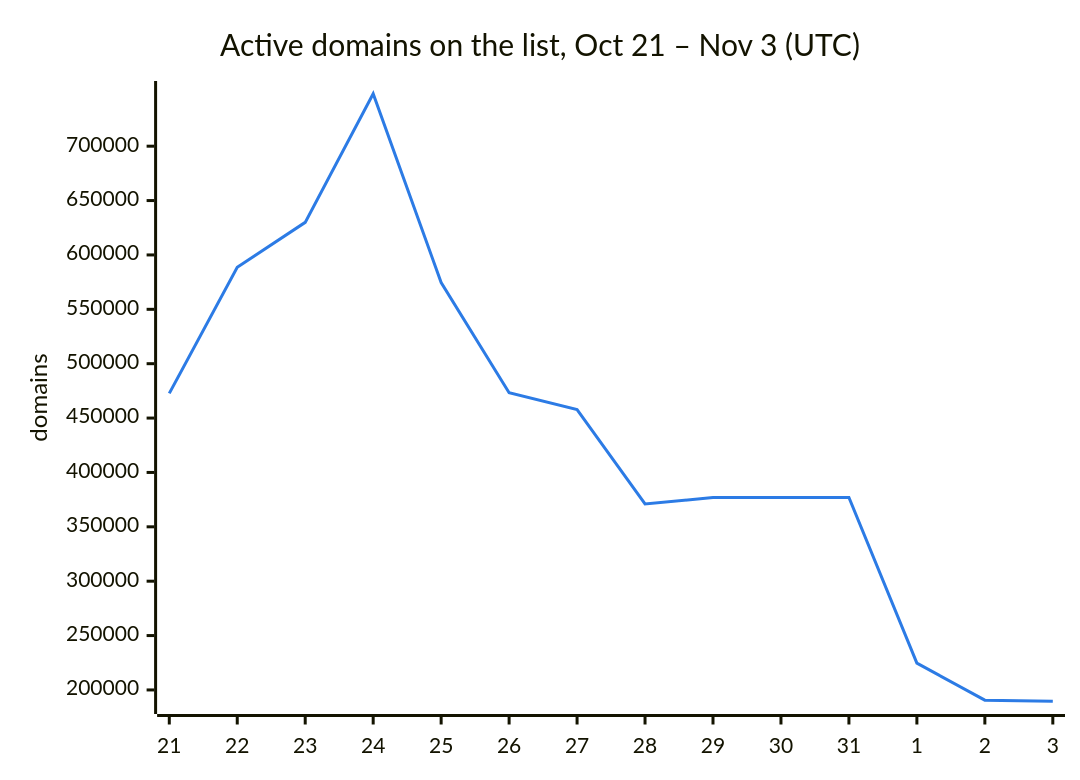
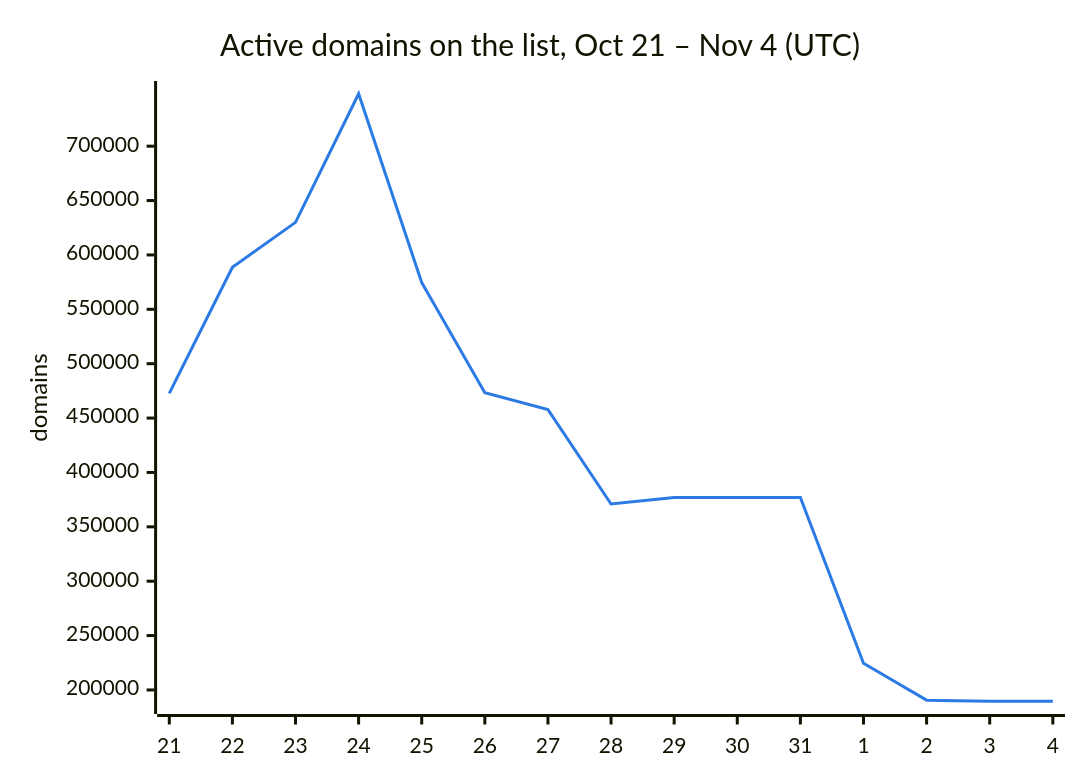
One commit to DNSBunker/CTI changed the second of 3 diagrams in README.md. Above: the diagram before and after it, drawn with Mermaid. The commit also changed other lines of this file and 3 other files, not shown here.

First line of the commit message:
Update 2026-11-04 00:09 UTC: 189620 domains

````diff
--- a/README.md
+++ b/README.md
@@ -38,8 +38,8 @@
 ```mermaid
 %%{init: {"themeVariables": {"xyChart": {"plotColorPalette": "#2c7be5"}}}}%%
 xychart-beta
-    title "Active domains on the list, Oct 21 – Nov 3 (UTC)"
-    x-axis ["21", "22", "23", "24", "25", "26", "27", "28", "29", "30", "31", "1", "2", "3"]
+    title "Active domains on the list, Oct 21 – Nov 4 (UTC)"
+    x-axis ["21", "22", "23", "24", "25", "26", "27", "28", "29", "30", "31", "1", "2", "3", "4"]
     y-axis "domains"
-    line [472713, 588659, 629951, 748222, 574614, 473331, 457795, 371010, 376945, 376945, 376945, 224607, 190603, 189602]
+    line [472713, 588659, 629951, 748222, 574614, 473331, 457795, 371010, 376945, 376945, 376945, 224607, 190603, 189609, 189620]
 ```
````
